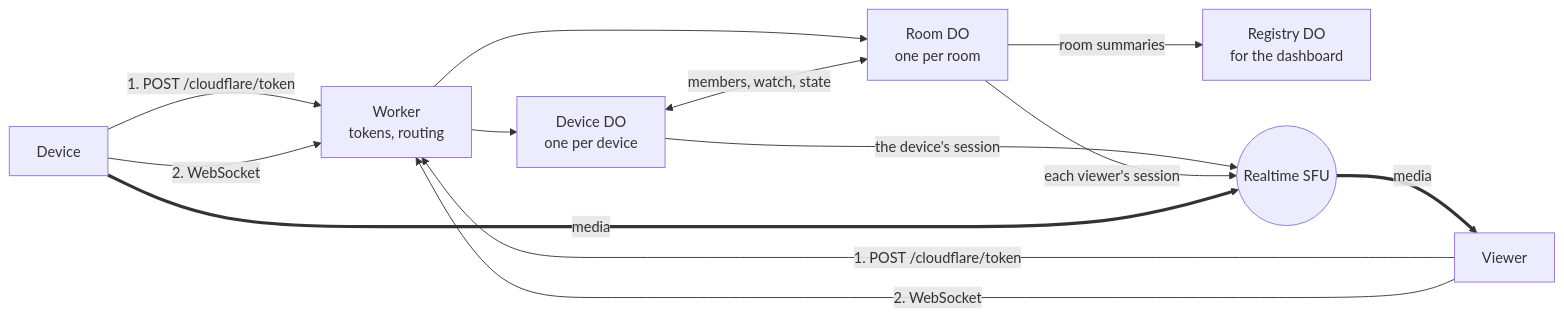
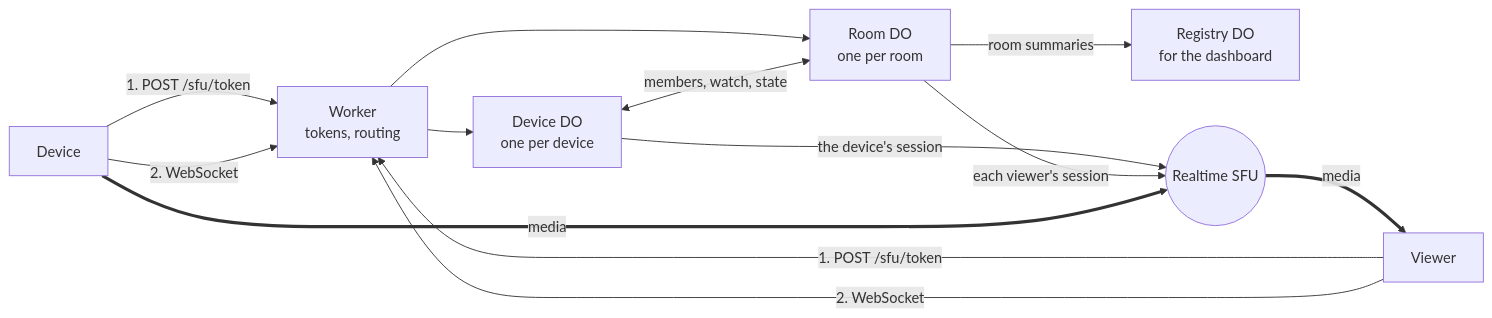
The first of 3 diagrams in docs/development/architecture.md (mazupo/cf-sfu-worker), drawn with Mermaid before and after one commit. The commit also changed other lines of this file and 30 other files, not shown here.

Commit message:
refactor: move the routes and pages from /cloudflare/ to /sfu/

````diff
--- a/docs/development/architecture.md
+++ b/docs/development/architecture.md
@@ -5,15 +5,15 @@
 ```mermaid
 flowchart LR
-  P["Device"] -->|"1. POST /cloudflare/token"| W["Worker<br/>tokens, routing"]
+  P["Device"] -->|"1. POST /sfu/token"| W["Worker<br/>tokens, routing"]
   P -->|"2. WebSocket"| W
-  V["Viewer"] -->|"1. POST /cloudflare/token"| W
+  V["Viewer"] -->|"1. POST /sfu/token"| W
   V -->|"2. WebSocket"| W
   W --> D["Device DO<br/>one per device"]
   W --> R["Room DO<br/>one per room"]
   D <-->|"members, watch, state"| R
   R -->|"room summaries"| G["Registry DO<br/>for the dashboard"]
   D -->|"the device's session"| S(("Realtime SFU"))
   R -->|"each viewer's session"| S
   P ==>|"media"| S
   S ==>|"media"| V
 ```
````
